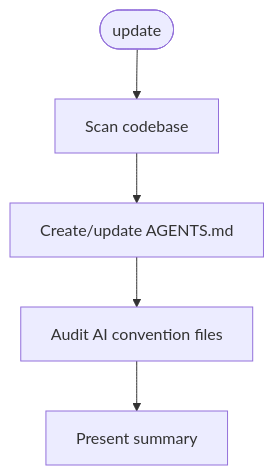
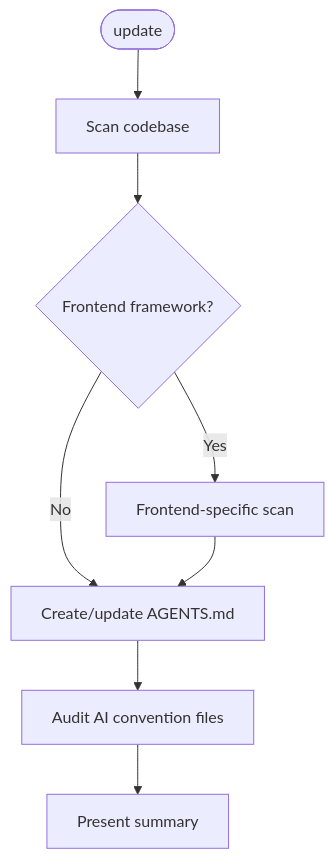
One commit to flightctl/ai-workflows changed the diagram in ai-ready/README.md. Above: the diagram before and after it, drawn with Mermaid. The commit also changed other lines of this file and 3 other files, not shown here.

````diff
--- a/ai-ready/README.md
+++ b/ai-ready/README.md
@@ -15,7 +15,10 @@
 ```mermaid
 graph TD
     update([update]) --> scan[Scan codebase]
-    scan --> create[Create/update AGENTS.md]
+    scan --> domain{Frontend framework?}
+    domain -- Yes --> frontend[Frontend-specific scan]
+    domain -- No --> create[Create/update AGENTS.md]
+    frontend --> create
     create --> audit[Audit AI convention files]
     audit --> summary[Present summary]
 ```
````
